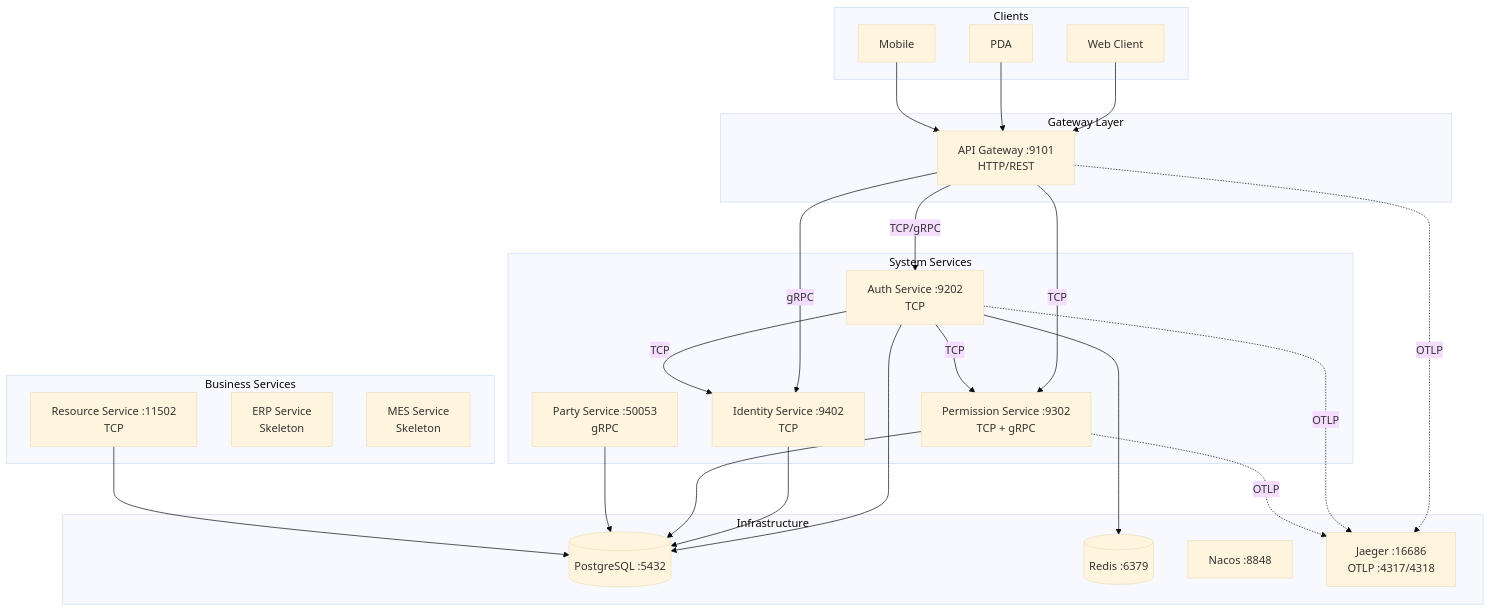
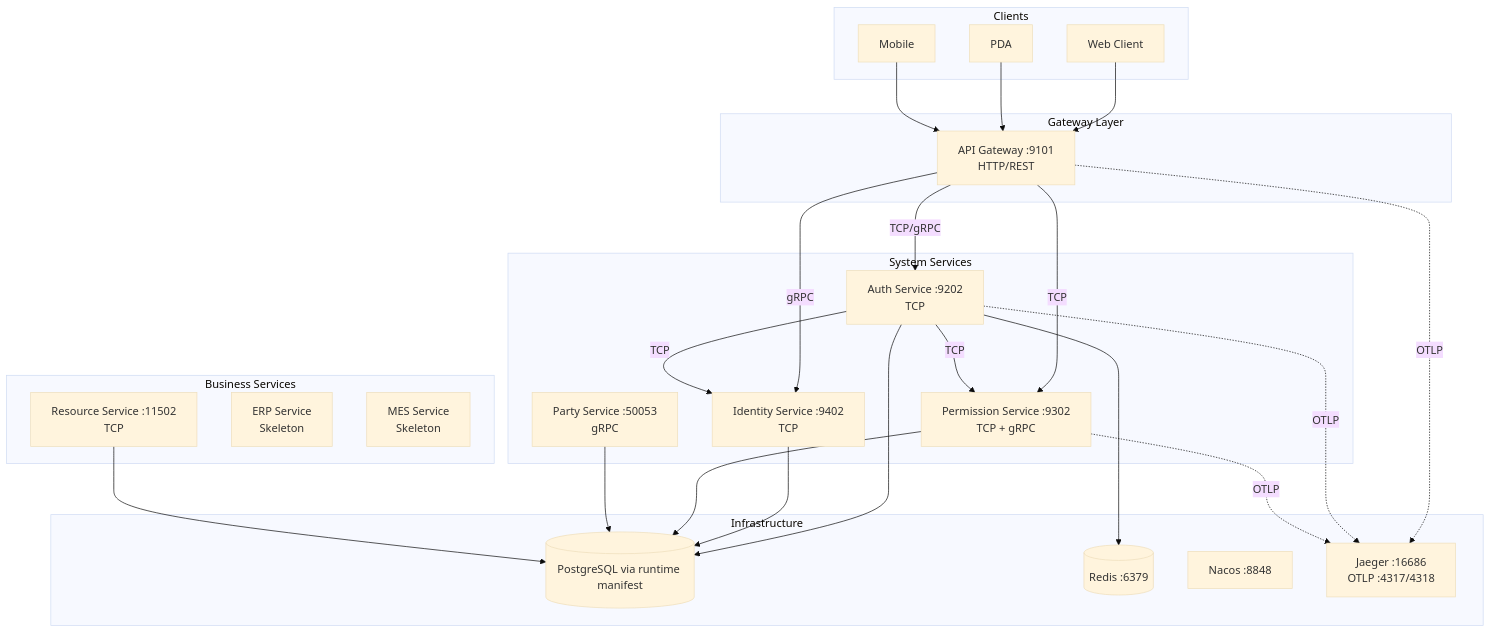
One commit to imkgsam/oes changed the first of 6 diagrams in src/services/api-gateway/api-gateway-design.md. Above: the diagram before and after it, drawn with Mermaid (base theme). The commit also changed other lines of this file and 124 other files, not shown here.

````diff
--- a/src/services/api-gateway/api-gateway-design.md
+++ b/src/services/api-gateway/api-gateway-design.md
@@ -55,54 +55,54 @@
 ```mermaid
 flowchart TB
     subgraph Clients
         WEB[Web Client]
         PDA[PDA]
         MOBILE[Mobile]
     end
 
     subgraph Gateway Layer
         GW[API Gateway :9101<br/>HTTP/REST]
     end
 
     subgraph System Services
         AUTH[Auth Service :9202<br/>TCP]
         IDENT[Identity Service :9402<br/>TCP]
         PERM[Permission Service :9302<br/>TCP + gRPC]
         PARTY[Party Service :50053<br/>gRPC]
     end
 
     subgraph Business Services
         RES[Resource Service :11502<br/>TCP]
         ERP[ERP Service<br/>Skeleton]
         MES[MES Service<br/>Skeleton]
     end
 
     subgraph Infrastructure
-        PG[(PostgreSQL :5432)]
+        PG[(PostgreSQL via runtime manifest)]
         REDIS[(Redis :6379)]
         NACOS[Nacos :8848]
         JAEGER[Jaeger :16686<br/>OTLP :4317/4318]
     end
 
     WEB --> GW
     PDA --> GW
     MOBILE --> GW
 
     GW -->|TCP/gRPC| AUTH
     GW -->|TCP| PERM
     GW -->|gRPC| IDENT
 
     AUTH -->|TCP| IDENT
     AUTH -->|TCP| PERM
 
     AUTH --> PG
     AUTH --> REDIS
     IDENT --> PG
     PERM --> PG
     PARTY --> PG
     RES --> PG
 
     GW -.->|OTLP| JAEGER
     AUTH -.->|OTLP| JAEGER
     PERM -.->|OTLP| JAEGER
 ```
````
